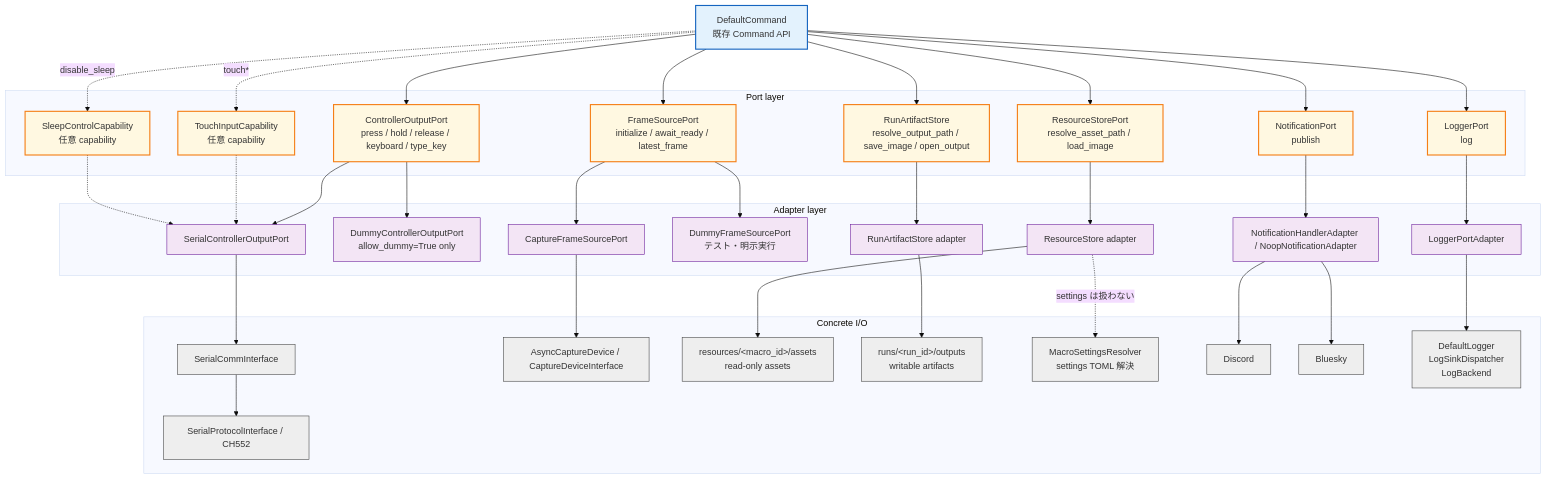
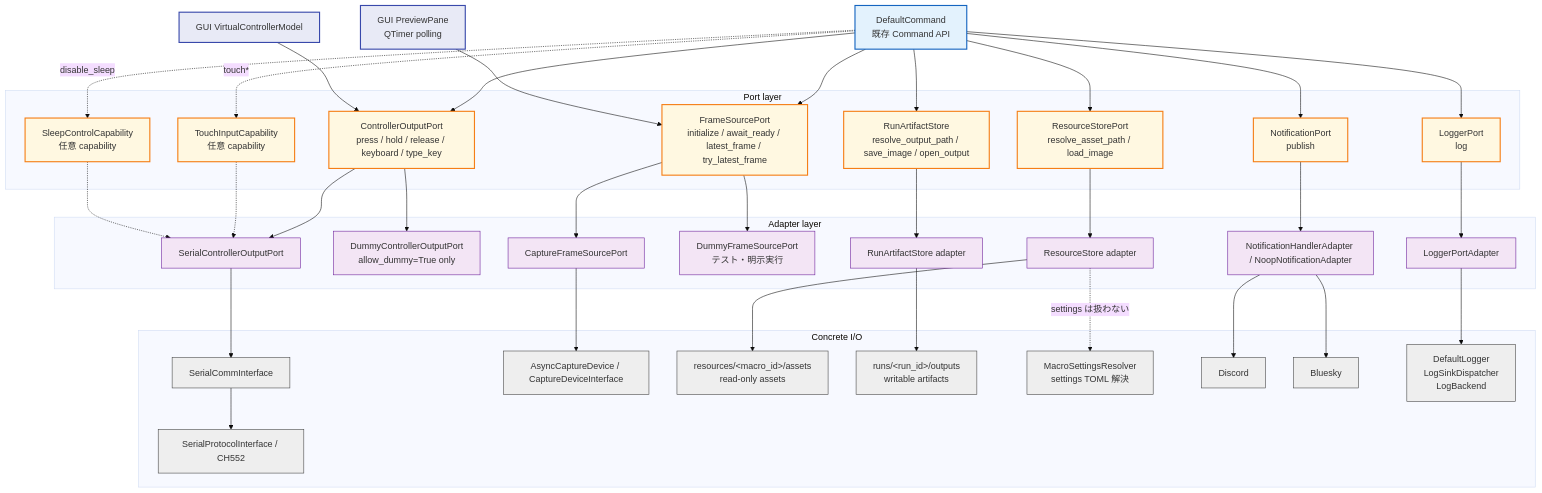
Before and after one commit to niart120/Project_NyX: the third of 5 diagrams in spec/framework/rearchitecture/ARCHITECTURE_DIAGRAMS.md, drawn with Mermaid (base theme). The commit also changed other lines of this file and 16 other files, not shown here.

Commit message:
docs(rearchitecture): 再設計仕様の追従修正を追加

````diff
--- a/spec/framework/rearchitecture/ARCHITECTURE_DIAGRAMS.md
+++ b/spec/framework/rearchitecture/ARCHITECTURE_DIAGRAMS.md
@@ -280,70 +280,76 @@
 ```mermaid
 flowchart TB
     DefaultCommandImpl["DefaultCommand<br/>既存 Command API"]
+    PreviewPane["GUI PreviewPane<br/>QTimer polling"]
+    VirtualController["GUI VirtualControllerModel"]
 
     subgraph PortLayer["Port layer"]
         Controller["ControllerOutputPort<br/>press / hold / release / keyboard / type_key"]
-        Capture["FrameSourcePort<br/>initialize / await_ready / latest_frame"]
+        Capture["FrameSourcePort<br/>initialize / await_ready / latest_frame / try_latest_frame"]
         Resource["ResourceStorePort<br/>resolve_asset_path / load_image"]
         Artifact["RunArtifactStore<br/>resolve_output_path / save_image / open_output"]
         Notify["NotificationPort<br/>publish"]
         Logger["LoggerPort<br/>log"]
         Touch["TouchInputCapability<br/>任意 capability"]
         Sleep["SleepControlCapability<br/>任意 capability"]
     end
 
     subgraph AdapterLayer["Adapter layer"]
         SerialPort["SerialControllerOutputPort"]
         DummyController["DummyControllerOutputPort<br/>allow_dummy=True only"]
         CapturePort["CaptureFrameSourcePort"]
         DummyFrame["DummyFrameSourcePort<br/>テスト・明示実行"]
         ResourceStore["ResourceStore adapter"]
         ArtifactStore["RunArtifactStore adapter"]
         NotificationHandlerAdapter["NotificationHandlerAdapter / NoopNotificationAdapter"]
         LoggerPortAdapter["LoggerPortAdapter"]
     end
 
     subgraph ConcreteIO["Concrete I/O"]
         SerialComm["SerialCommInterface"]
         Protocol["SerialProtocolInterface / CH552"]
         CaptureDevice["AsyncCaptureDevice / CaptureDeviceInterface"]
         AssetsRoot["resources/&lt;macro_id&gt;/assets<br/>read-only assets"]
         OutputsRoot["runs/&lt;run_id&gt;/outputs<br/>writable artifacts"]
         SettingsResolver["MacroSettingsResolver<br/>settings TOML 解決"]
         Discord["Discord"]
         Bluesky["Bluesky"]
         LoggerComponents["DefaultLogger<br/>LogSinkDispatcher<br/>LogBackend"]
     end
 
     DefaultCommandImpl --> Controller
     DefaultCommandImpl --> Capture
     DefaultCommandImpl --> Resource
     DefaultCommandImpl --> Artifact
     DefaultCommandImpl --> Notify
     DefaultCommandImpl --> Logger
     DefaultCommandImpl -. "touch*" .-> Touch
     DefaultCommandImpl -. "disable_sleep" .-> Sleep
+    PreviewPane --> Capture
+    VirtualController --> Controller
 
     Controller --> SerialPort --> SerialComm --> Protocol
     Controller --> DummyController
     Touch -.-> SerialPort
     Sleep -.-> SerialPort
     Capture --> CapturePort --> CaptureDevice
     Capture --> DummyFrame
     Resource --> ResourceStore --> AssetsRoot
     Artifact --> ArtifactStore --> OutputsRoot
     ResourceStore -. "settings は扱わない" .-> SettingsResolver
     Notify --> NotificationHandlerAdapter --> Discord
     NotificationHandlerAdapter --> Bluesky
     Logger --> LoggerPortAdapter --> LoggerComponents
 
     classDef port fill:#fff8e1,stroke:#f57f17,stroke-width:2px;
     classDef adapter fill:#f3e5f5,stroke:#6a1b9a,stroke-width:1px;
     classDef io fill:#eeeeee,stroke:#424242,stroke-width:1px;
     classDef commandimpl fill:#e3f2fd,stroke:#1565c0,stroke-width:2px;
+    classDef gui fill:#e8eaf6,stroke:#3949ab,stroke-width:2px;
 
     class DefaultCommandImpl commandimpl;
+    class PreviewPane,VirtualController gui;
     class Controller,Capture,Resource,Artifact,Notify,Logger,Touch,Sleep port;
     class SerialPort,DummyController,CapturePort,DummyFrame,ResourceStore,ArtifactStore,NotificationHandlerAdapter,LoggerPortAdapter adapter;
     class SerialComm,Protocol,CaptureDevice,AssetsRoot,OutputsRoot,SettingsResolver,Discord,Bluesky,LoggerComponents io;
 ```
````
